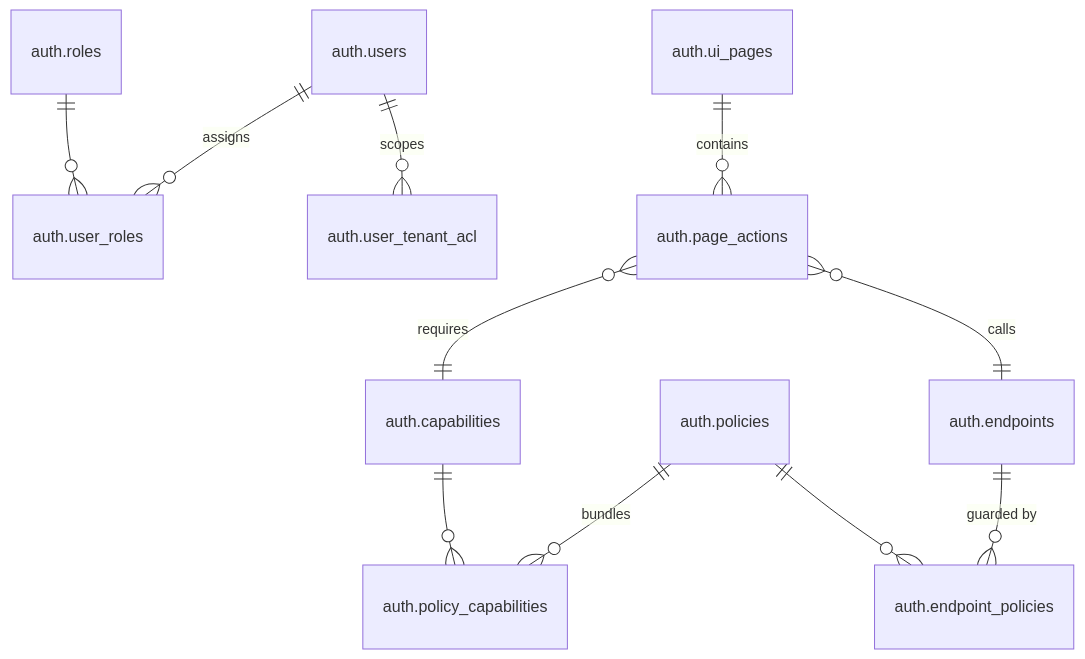
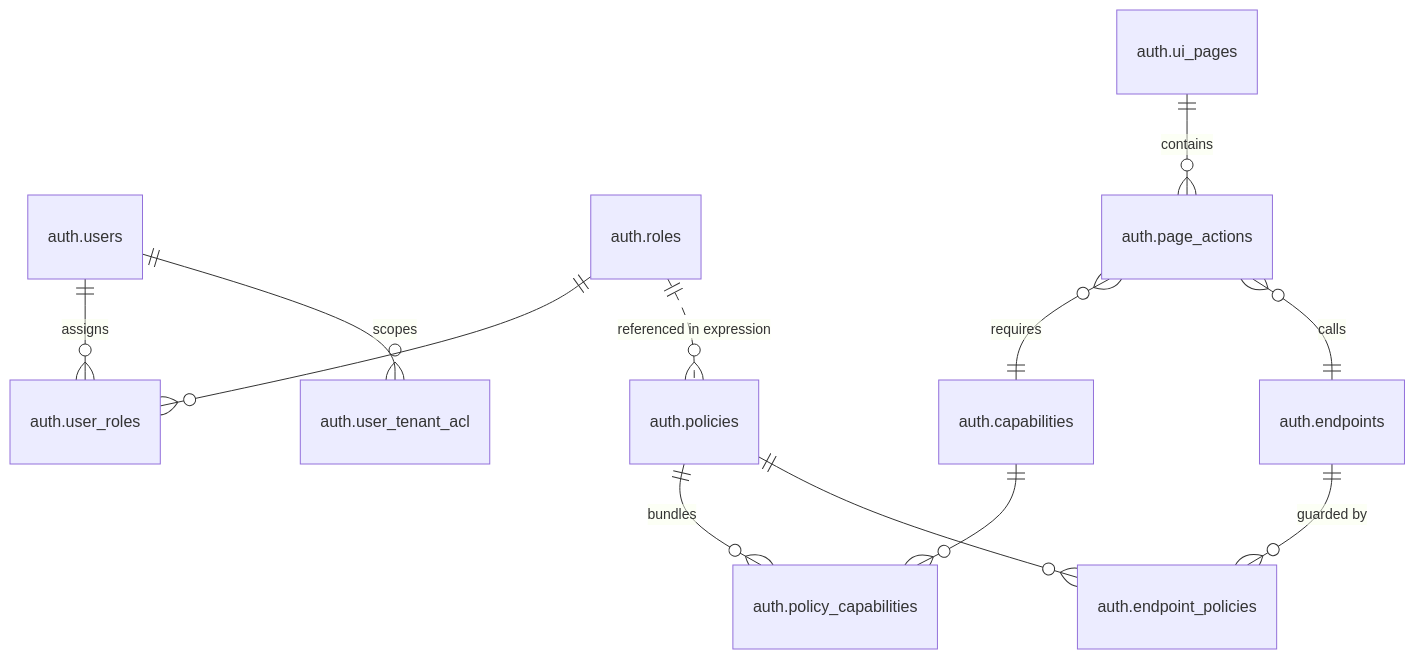
One commit to LaborManagement/auth-service changed the diagram in docs/architecture/data-map.md. Above: the diagram before and after it, drawn with Mermaid. The commit also changed other lines of this file, not shown here.

````diff
--- a/docs/architecture/data-map.md
+++ b/docs/architecture/data-map.md
@@ -9,13 +9,14 @@
 ```mermaid
 erDiagram
     "auth.users" ||--o{ "auth.user_roles" : "assigns"
     "auth.users" ||--o{ "auth.user_tenant_acl" : "scopes"
     "auth.roles" ||--o{ "auth.user_roles" : ""
+    "auth.roles" ||..o{ "auth.policies" : "referenced in expression"
     "auth.policies" ||--o{ "auth.policy_capabilities" : "bundles"
     "auth.capabilities" ||--o{ "auth.policy_capabilities" : ""
     "auth.endpoints" ||--o{ "auth.endpoint_policies" : "guarded by"
     "auth.policies" ||--o{ "auth.endpoint_policies" : ""
     "auth.ui_pages" ||--o{ "auth.page_actions" : "contains"
     "auth.page_actions" }o--|| "auth.capabilities" : "requires"
     "auth.page_actions" }o--|| "auth.endpoints" : "calls"
 ```
````
